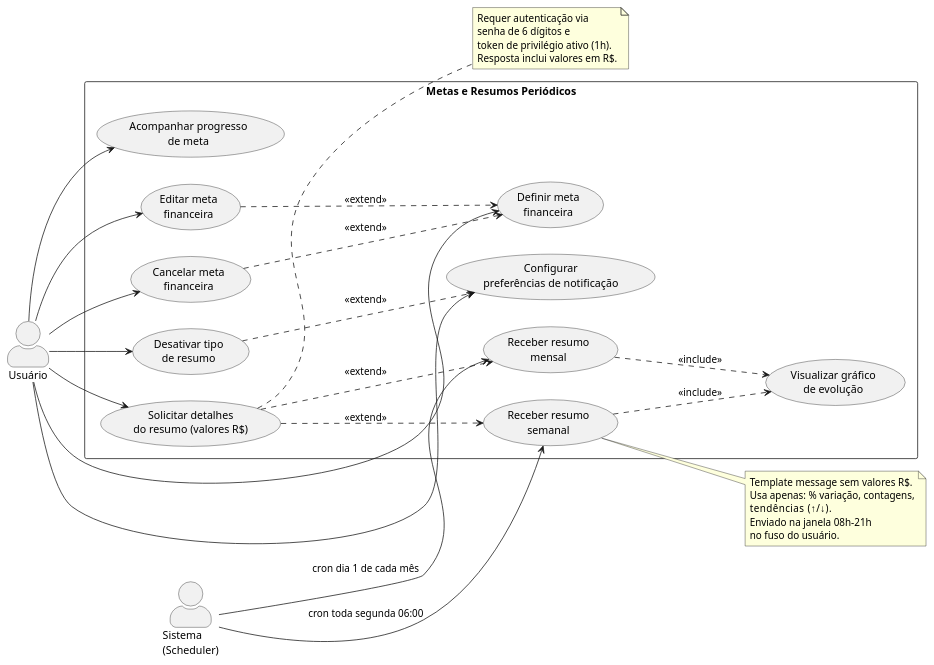
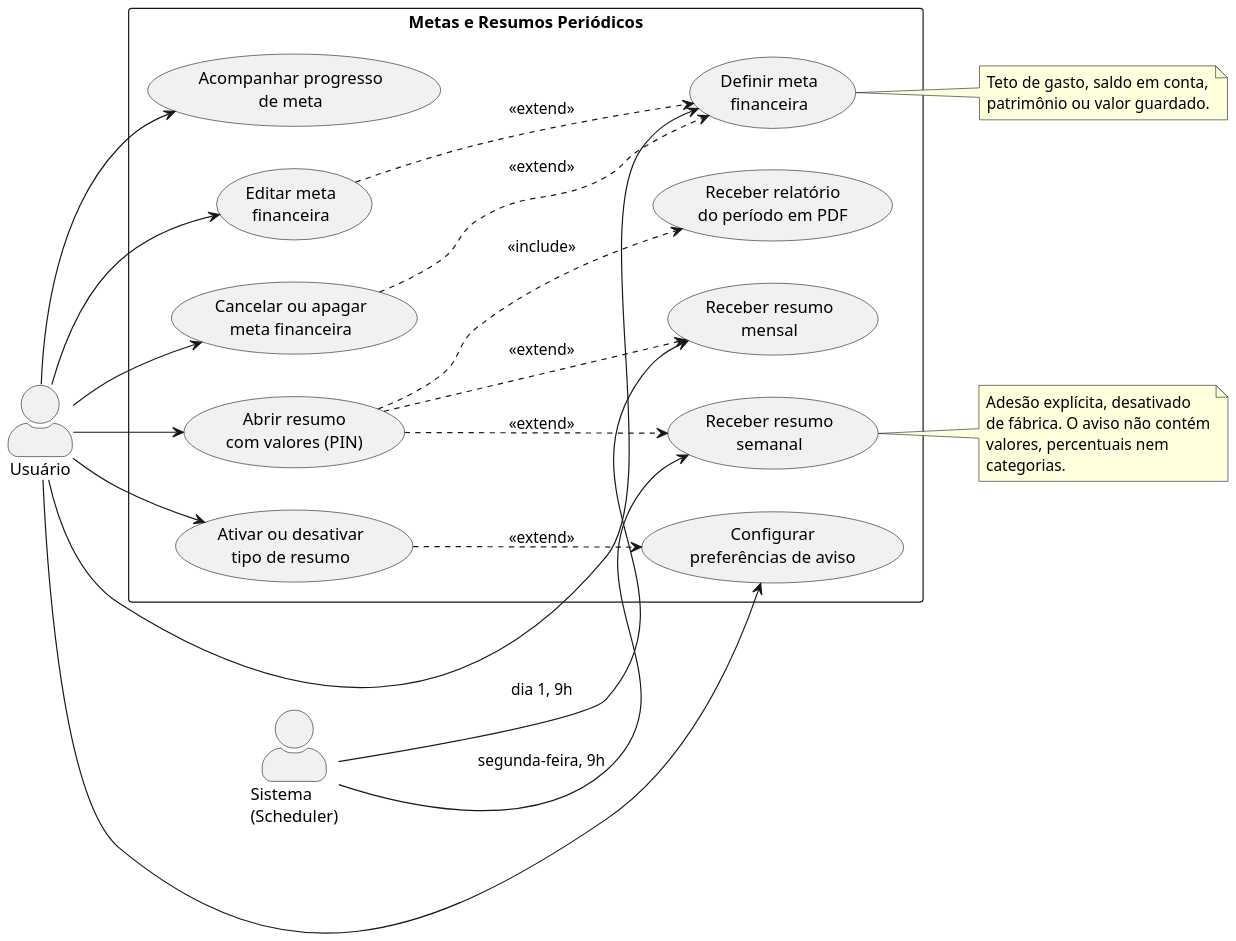
The diagram in puml/uc03_metas_resumos.puml (eigam-corp/thesis), drawn with PlantUML before and after one commit. The commit also changed 67 other files, not shown here.

```diff
--- a/puml/uc03_metas_resumos.puml
+++ b/puml/uc03_metas_resumos.puml
@@ -1,58 +1,56 @@
 @startuml UC03 - Metas Financeiras e Resumos Periodicos
 left to right direction
 skinparam packageStyle rectangle
 skinparam actorStyle awesome
+skinparam defaultFontName Arial
+skinparam shadowing false
+skinparam dpi 150
 
 actor "Usuário" as U
 actor "Sistema\n(Scheduler)" as SYS
 
 rectangle "Metas e Resumos Periódicos" {
     usecase "Definir meta\nfinanceira" as UC18
     usecase "Acompanhar progresso\nde meta" as UC19
     usecase "Editar meta\nfinanceira" as UC20
-    usecase "Cancelar meta\nfinanceira" as UC21
+    usecase "Cancelar ou apagar\nmeta financeira" as UC21
     usecase "Receber resumo\nsemanal" as UC22
     usecase "Receber resumo\nmensal" as UC23
-    usecase "Solicitar detalhes\ndo resumo (valores R$)" as UC24
-    usecase "Visualizar gráfico\nde evolução" as UC25
-    usecase "Configurar\npreferências de notificação" as UC26
-    usecase "Desativar tipo\nde resumo" as UC27
+    usecase "Abrir resumo\ncom valores (PIN)" as UC24
+    usecase "Receber relatório\ndo período em PDF" as UC25
+    usecase "Configurar\npreferências de aviso" as UC26
+    usecase "Ativar ou desativar\ntipo de resumo" as UC27
 }
 
 U --> UC18
 U --> UC19
 U --> UC20
 U --> UC21
 U --> UC24
 U --> UC26
 U --> UC27
 
-SYS --> UC22 : cron toda segunda 06:00
-SYS --> UC23 : cron dia 1 de cada mês
+SYS --> UC22 : segunda-feira, 9h
+SYS --> UC23 : dia 1, 9h
 
 UC20 ..> UC18 : <<extend>>
 UC21 ..> UC18 : <<extend>>
 
-UC22 ..> UC25 : <<include>>
-UC23 ..> UC25 : <<include>>
-
 UC24 ..> UC22 : <<extend>>
 UC24 ..> UC23 : <<extend>>
+UC24 ..> UC25 : <<include>>
 
 UC27 ..> UC26 : <<extend>>
 
 note right of UC22
-  Template message sem valores R$.
-  Usa apenas: % variação, contagens,
-  tendências (↑/↓).
-  Enviado na janela 08h-21h
-  no fuso do usuário.
+  Adesão explícita, desativado
+  de fábrica. O aviso não contém
+  valores, percentuais nem
+  categorias.
 end note
 
-note right of UC24
-  Requer autenticação via
-  senha de 6 dígitos e
-  token de privilégio ativo (1h).
-  Resposta inclui valores em R$.
+note right of UC18
+  Teto de gasto, saldo em conta,
+  patrimônio ou valor guardado.
 end note
 @enduml
```
